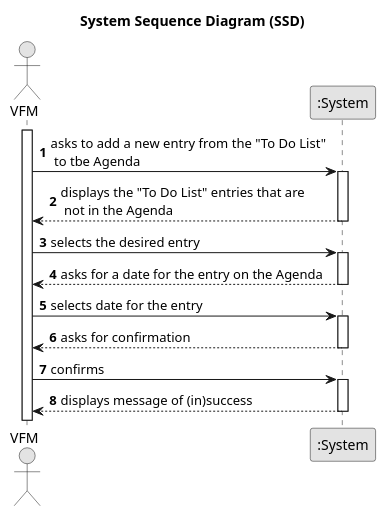
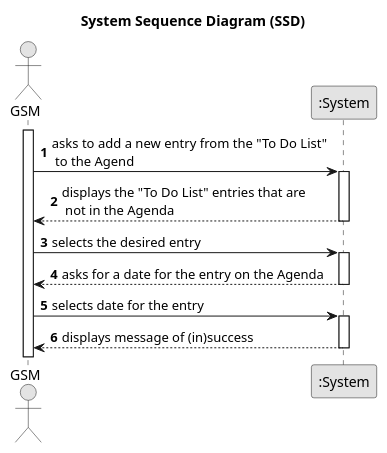
Before and after one commit to Departamento-de-Engenharia-Informatica/lei-24-s2-1do-g164: the diagram in docs/sprintC/us022/01.requirements-engineering/puml/us022-system-sequence-diagram.puml, drawn with PlantUML. The commit also changed 6 other files, not shown here.

```diff
--- a/docs/sprintC/us022/01.requirements-engineering/puml/us022-system-sequence-diagram.puml
+++ b/docs/sprintC/us022/01.requirements-engineering/puml/us022-system-sequence-diagram.puml
@@ -1,40 +1,34 @@
 @startuml
 skinparam monochrome true
 skinparam packageStyle rectangle
 skinparam shadowing false
 
 title System Sequence Diagram (SSD)
 
 autonumber
 
-actor "VFM" as Employee
+actor "GSM" as Employee
 participant ":System" as System
 
 activate Employee
 
-    Employee -> System : asks to add a new entry from the "To Do List"\n to tbe Agenda
+    Employee -> System : asks to add a new entry from the "To Do List"\n to the Agend
     activate System
 
         System --> Employee : displays the "To Do List" entries that are\n not in the Agenda
     deactivate System
 
     Employee -> System : selects the desired entry
         activate System
 
             System --> Employee : asks for a date for the entry on the Agenda
         deactivate System
 
         Employee -> System : selects date for the entry
             activate System
 
-                System --> Employee : asks for confirmation
-            deactivate System
-
-            Employee -> System : confirms
-                activate System
-
                     System --> Employee : displays message of (in)success
                 deactivate System
 
 
 @enduml
```
